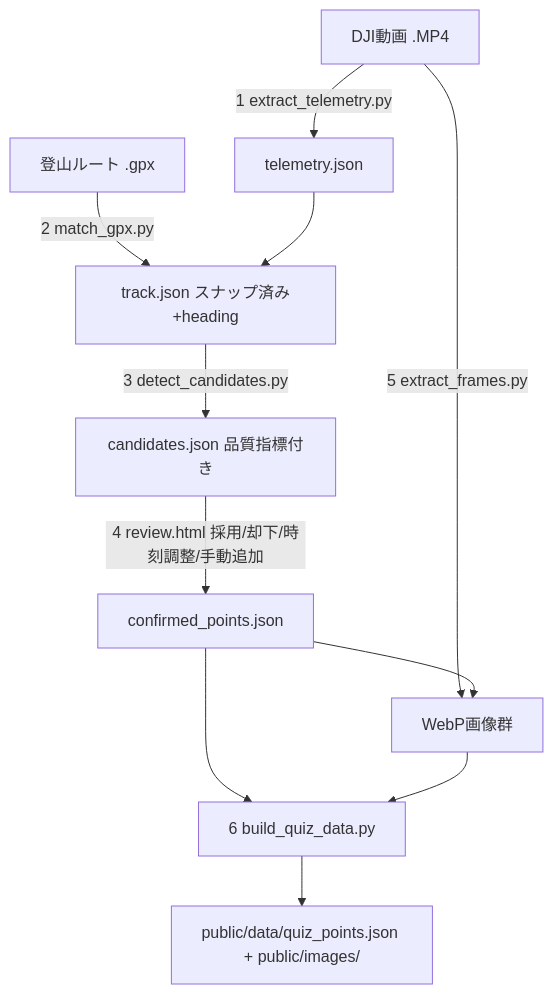
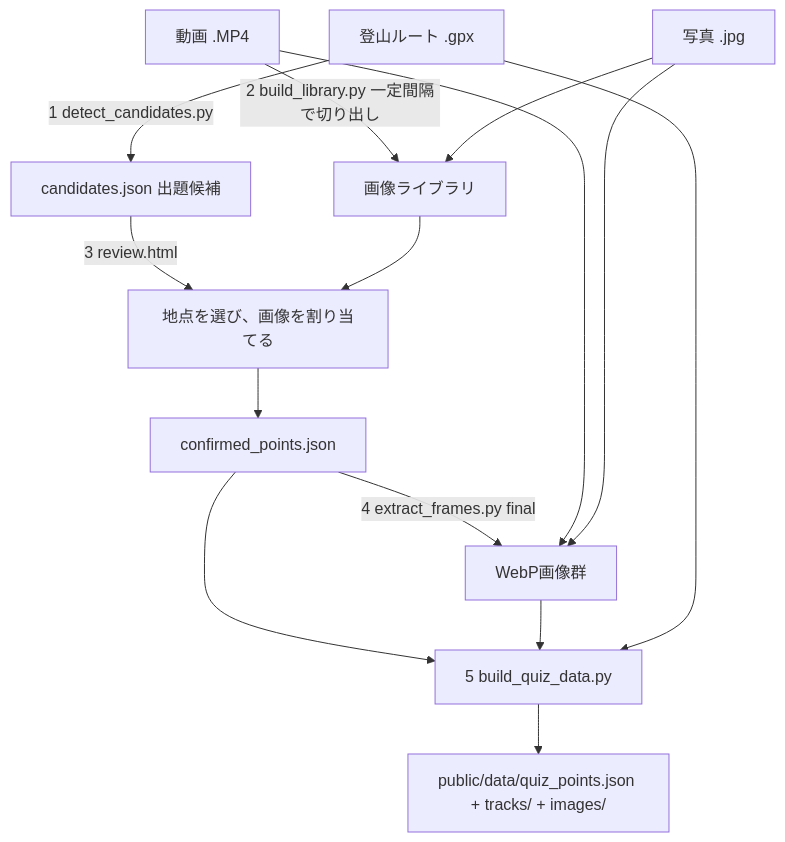
Before and after one commit to ry32767/YamaGuessr: the diagram in docs/pipeline.md, drawn with Mermaid. The commit also changed other lines of this file and 27 other files, not shown here.

````diff
--- a/docs/pipeline.md
+++ b/docs/pipeline.md
@@ -5,13 +5,16 @@
 ```mermaid
 flowchart TD
-    A[DJI動画 .MP4] -->|1 extract_telemetry.py| B[telemetry.json]
-    G[登山ルート .gpx] -->|2 match_gpx.py| C[track.json スナップ済み+heading]
-    B --> C
-    C -->|3 detect_candidates.py| D[candidates.json 品質指標付き]
-    D -->|4 review.html 採用/却下/時刻調整/手動追加| E[confirmed_points.json]
-    A -->|5 extract_frames.py| F[WebP画像群]
-    E --> F
-    E --> H[6 build_quiz_data.py]
+    G[登山ルート .gpx] -->|1 detect_candidates.py| C[candidates.json 出題候補]
+    A[動画 .MP4] -->|2 build_library.py 一定間隔で切り出し| L[画像ライブラリ]
+    P[写真 .jpg] --> L
+    C -->|3 review.html| R[地点を選び、画像を割り当てる]
+    L --> R
+    R --> E[confirmed_points.json]
+    E -->|4 extract_frames.py final| F[WebP画像群]
+    A --> F
+    P --> F
+    E --> H[5 build_quiz_data.py]
     F --> H
-    H --> I[public/data/quiz_points.json + public/images/]
+    G --> H
+    H --> I[public/data/quiz_points.json + tracks/ + images/]
 ```
````
